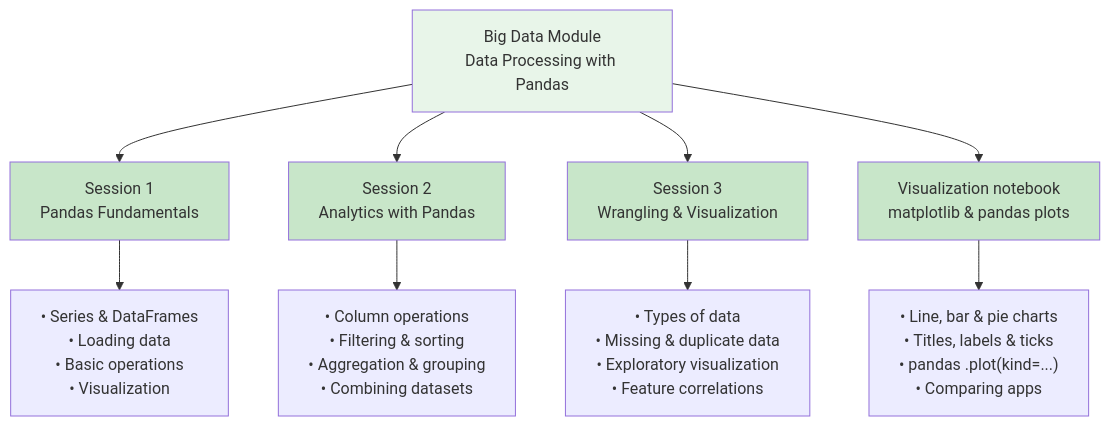
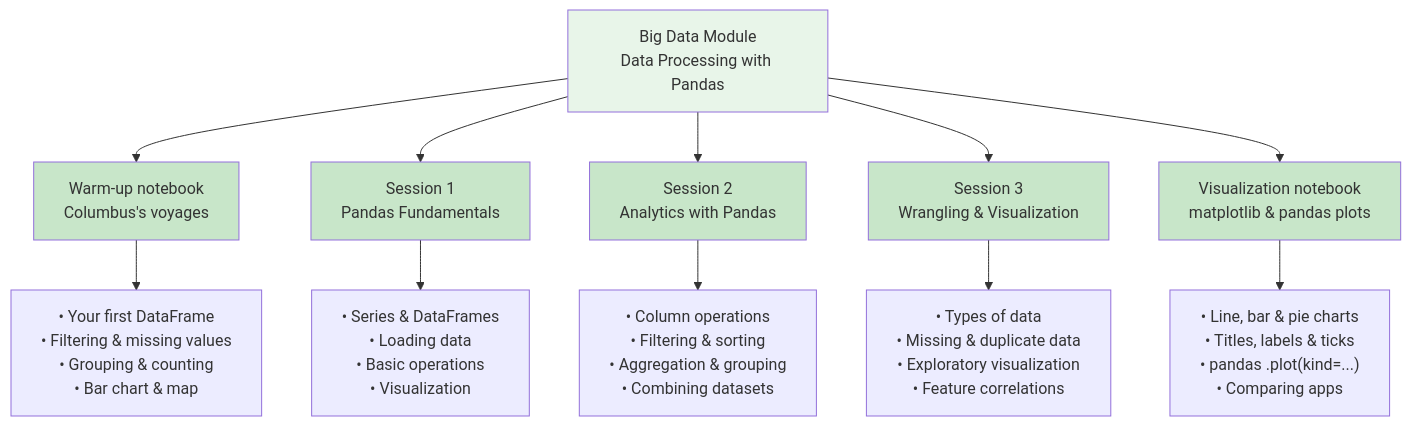
Before and after one commit to iportilla/CItraining: the first of 11 diagrams in module-bd/README.md, drawn with Mermaid. The commit also changed other lines of this file and 11 other files, not shown here.

First line of the commit message:
module-bd: add a Columbus warm-up notebook, CSVs and slides

````diff
--- a/module-bd/README.md
+++ b/module-bd/README.md
@@ -22,20 +22,23 @@
 ```mermaid
 graph TB
     BigData["Big Data Module<br/>Data Processing with Pandas"]
     
+    BigData --> Warmup["Warm-up notebook<br/>Columbus's voyages"]
     BigData --> Session1["Session 1<br/>Pandas Fundamentals"]
     BigData --> Session2["Session 2<br/>Analytics with Pandas"]
     BigData --> Session3["Session 3<br/>Wrangling & Visualization"]
     BigData --> Viz["Visualization notebook<br/>matplotlib & pandas plots"]
     
+    Warmup --> TopicsW["• Your first DataFrame<br/>• Filtering & missing values<br/>• Grouping & counting<br/>• Bar chart & map"]
     Session1 --> Topics1["• Series & DataFrames<br/>• Loading data<br/>• Basic operations<br/>• Visualization"]
     Session2 --> Topics2["• Column operations<br/>• Filtering & sorting<br/>• Aggregation & grouping<br/>• Combining datasets"]
     Session3 --> Topics3["• Types of data<br/>• Missing & duplicate data<br/>• Exploratory visualization<br/>• Feature correlations"]
     Viz --> TopicsViz["• Line, bar & pie charts<br/>• Titles, labels & ticks<br/>• pandas .plot(kind=...)<br/>• Comparing apps"]
     
     style BigData fill:#e8f5e9
+    style Warmup fill:#c8e6c9
     style Session1 fill:#c8e6c9
     style Session2 fill:#c8e6c9
     style Session3 fill:#c8e6c9
     style Viz fill:#c8e6c9
 ```
````
